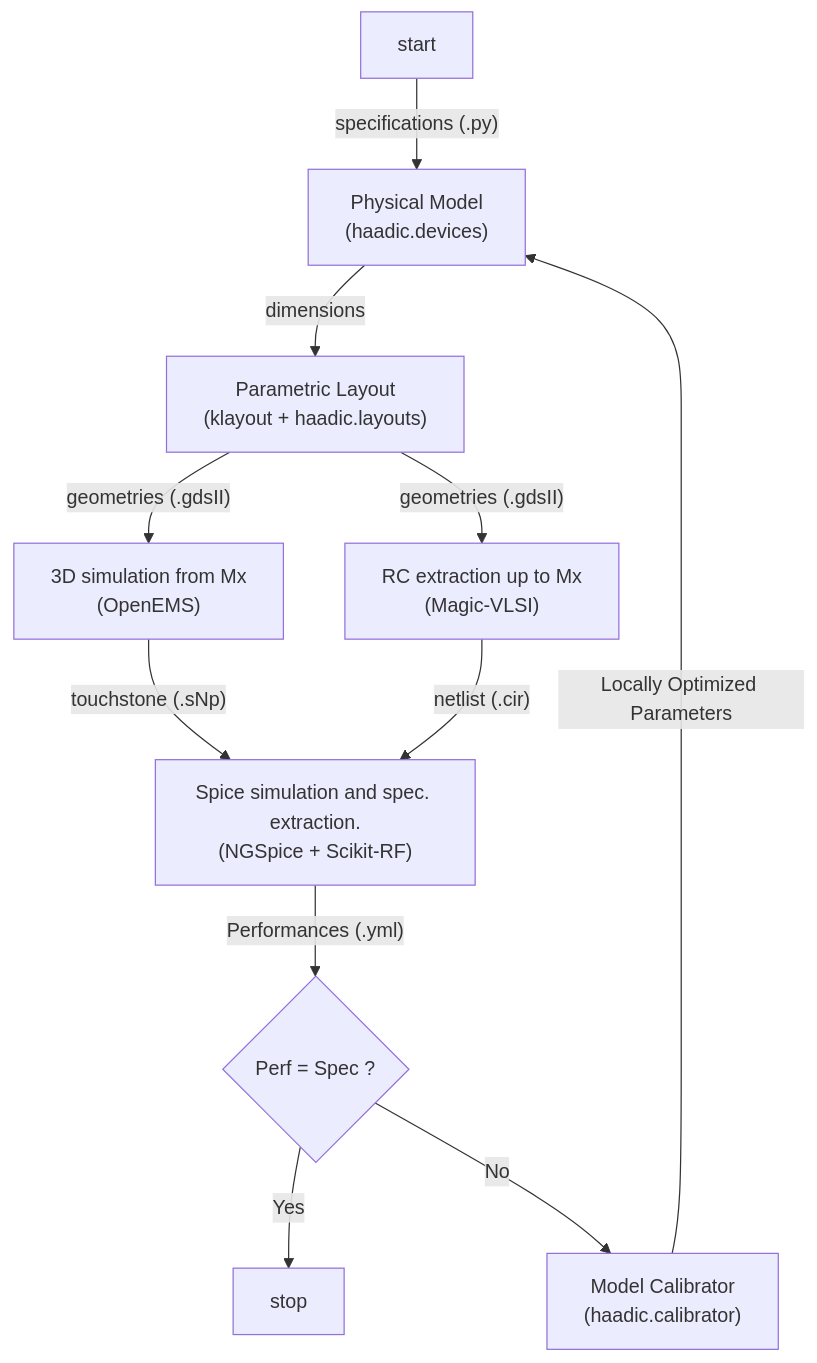
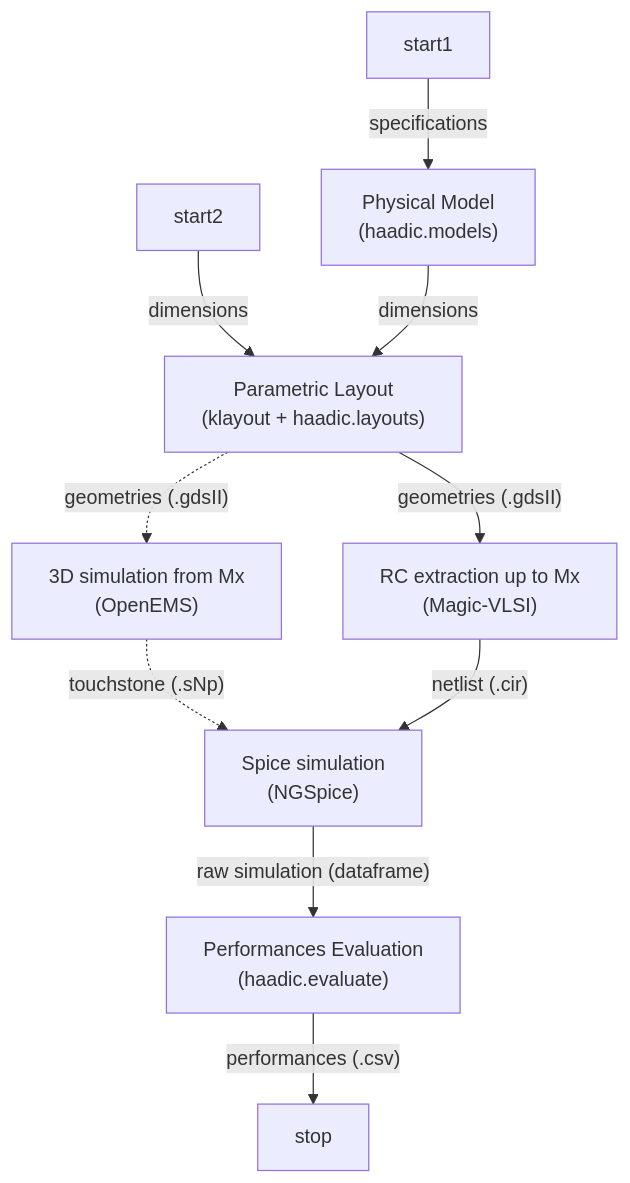
One commit to Patarimi/haadic changed the diagram in docs/README.md. Above: the diagram before and after it, drawn with Mermaid. The commit also changed other lines of this file, not shown here.

````diff
--- a/docs/README.md
+++ b/docs/README.md
@@ -24,19 +24,19 @@
 ```mermaid
 flowchart TD
-    start -- "specifications (.py)" --> app["Physical Model
-(haadic.devices)"]
+    start1 -- "specifications" --> app["Physical Model
+(haadic.models)"]
+    start2 -- "dimensions" --> pl
     app --dimensions --> pl["Parametric Layout
 (klayout + haadic.layouts)"]
-    pl --"geometries (.gdsII)" --> be_sim["RC extraction up to Mx
+    pl --"geometries (.gdsII)" --> be_ext["RC extraction up to Mx
 (Magic-VLSI)"]
-    pl --"geometries (.gdsII)" --> fe_sim["3D simulation from Mx
+    pl -."geometries (.gdsII)" .-> fe_ext["3D simulation from Mx
 (OpenEMS)"]
-    fe_sim -- "touchstone (.sNp)" --> ext["Spice simulation and spec. extraction.
-(NGSpice + Scikit-RF)"]
-    be_sim --"netlist (.cir)" --> ext
-    ext --"Performances (.yml)" --> atSpec{"Perf = Spec ?"}
-    atSpec --> |Yes| stop
-    atSpec --> |No| cal["Model Calibrator
-(haadic.calibrator)"]
-    cal --"Locally Optimized Parameters" --> app
+    fe_ext -. "touchstone (.sNp)" .-> sim["Spice simulation
+(NGSpice)"]
+    be_ext --"netlist (.cir)" --> sim
+    sim --"raw simulation (dataframe)" --> spec["Performances Evaluation
+    (haadic.evaluate)"]
+    spec --"performances (.csv)" --> stop
+
 ```
````
